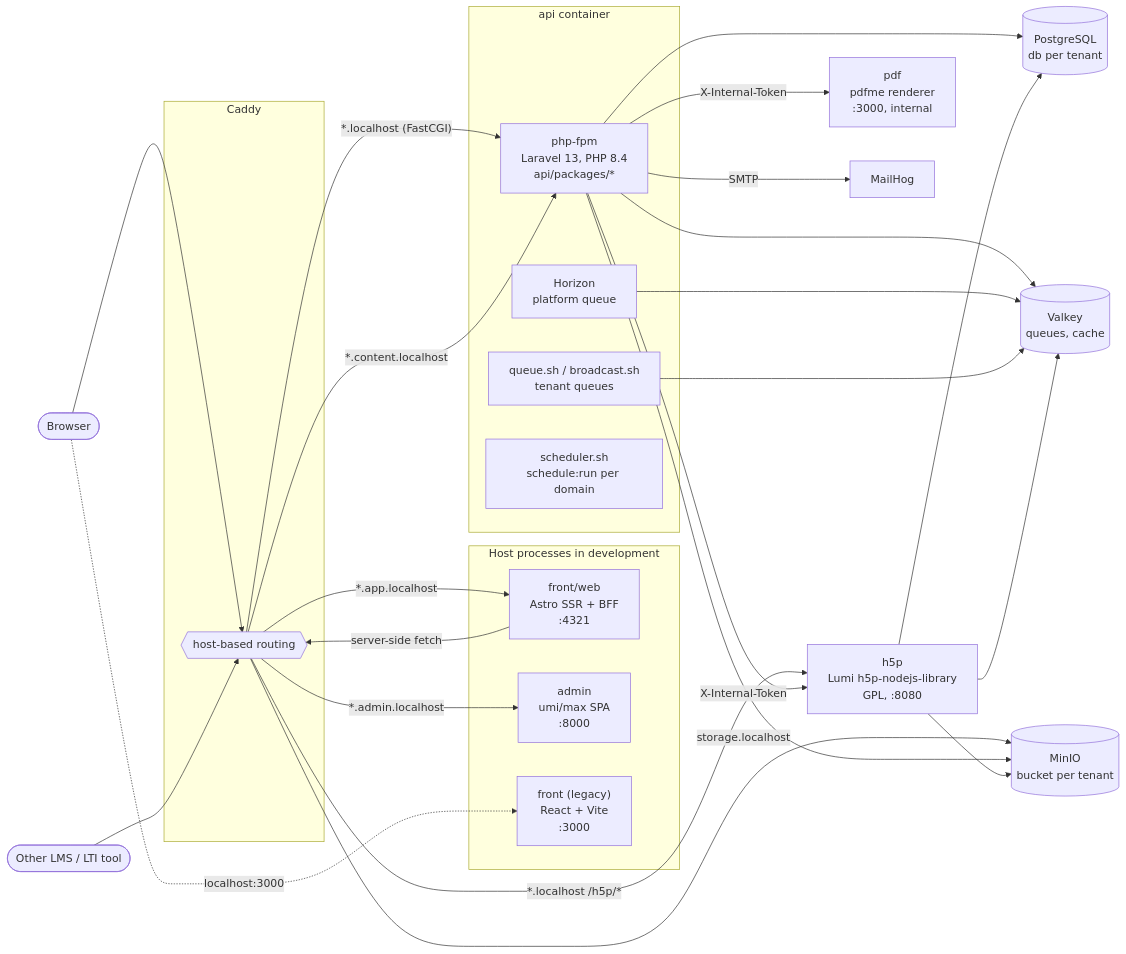
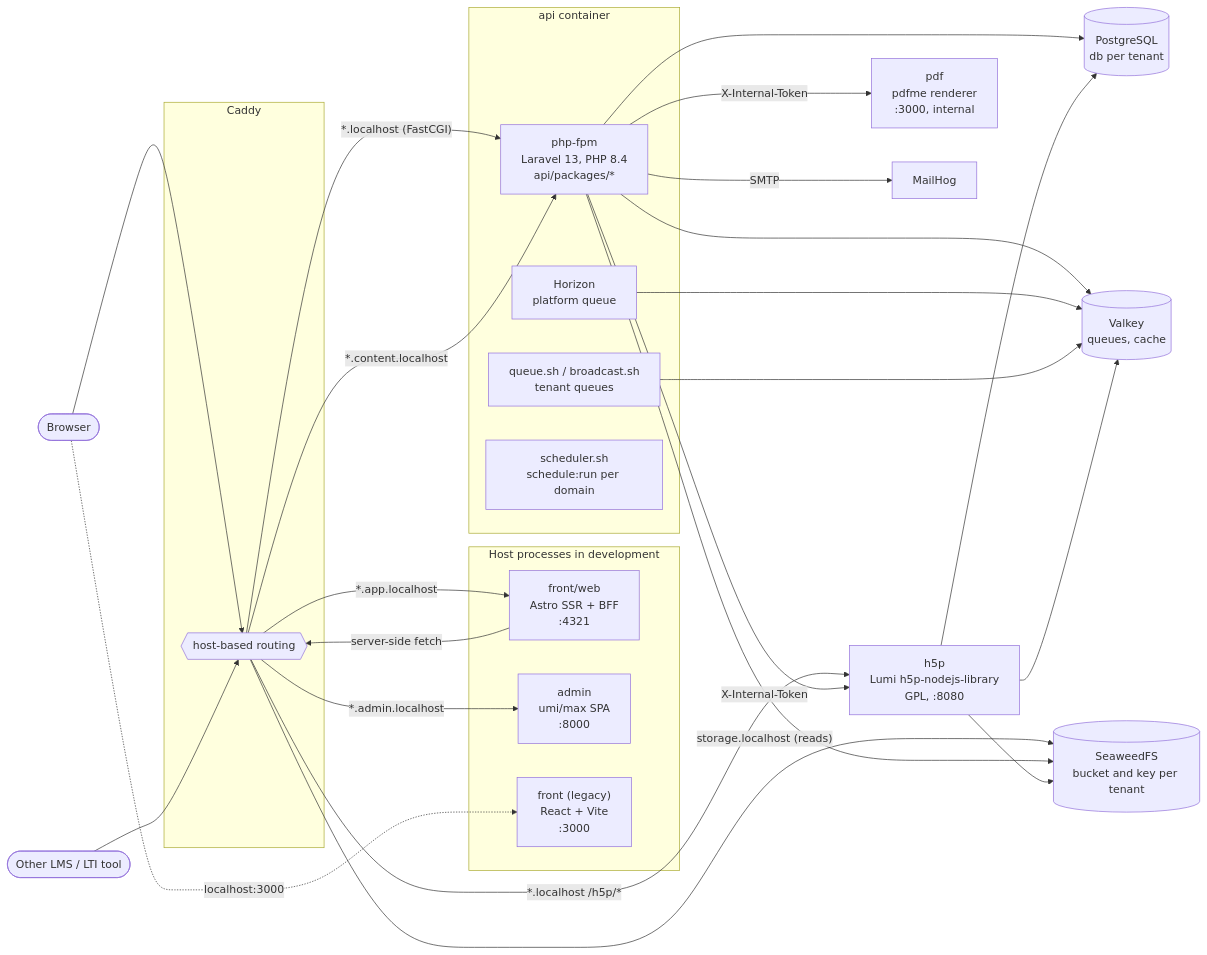
The first of 2 diagrams in front/docs-site/src/content/docs/developers/architecture.mdx (ulams-dev/ulams), drawn with Mermaid before and after one commit. The commit also changed other lines of this file and 96 other files, not shown here.

First line of the commit message:
feat(storage): SeaweedFS with per-tenant S3 identities and a MinIO migration (#388)

````diff
--- a/front/docs-site/src/content/docs/developers/architecture.mdx
+++ b/front/docs-site/src/content/docs/developers/architecture.mdx
@@ -28,51 +28,51 @@
 ```mermaid
 flowchart LR
   browser([Browser])
   lms([Other LMS / LTI tool])
 
   subgraph edge[Caddy]
     caddy{{"host-based routing"}}
   end
 
   subgraph hostapps[Host processes in development]
     web["front/web<br/>Astro SSR + BFF<br/>:4321"]
     admin["admin<br/>umi/max SPA<br/>:8000"]
     legacy["front (legacy)<br/>React + Vite<br/>:3000"]
   end
 
   subgraph apictr[api container]
     fpm["php-fpm<br/>Laravel 13, PHP 8.4<br/>api/packages/*"]
     horizon["Horizon<br/>platform queue"]
     workers["queue.sh / broadcast.sh<br/>tenant queues"]
     sched["scheduler.sh<br/>schedule:run per domain"]
   end
 
   h5p["h5p<br/>Lumi h5p-nodejs-library<br/>GPL, :8080"]
   pdf["pdf<br/>pdfme renderer<br/>:3000, internal"]
   pg[(PostgreSQL<br/>db per tenant)]
   valkey[(Valkey<br/>queues, cache)]
-  minio[(MinIO<br/>bucket per tenant)]
+  storage[(SeaweedFS<br/>bucket and key per tenant)]
   mailhog["MailHog"]
 
   browser --> caddy
   lms --> caddy
   caddy -- "*.app.localhost" --> web
   caddy -- "*.admin.localhost" --> admin
   caddy -- "*.localhost /h5p/*" --> h5p
   caddy -- "*.localhost (FastCGI)" --> fpm
   caddy -- "*.content.localhost" --> fpm
-  caddy -- "storage.localhost" --> minio
+  caddy -- "storage.localhost (reads)" --> storage
   browser -. "localhost:3000" .-> legacy
   web -- "server-side fetch" --> caddy
   fpm --> pg
   fpm --> valkey
-  fpm --> minio
+  fpm --> storage
   fpm -- "X-Internal-Token" --> h5p
   fpm -- "X-Internal-Token" --> pdf
   fpm -- SMTP --> mailhog
   horizon --> valkey
   workers --> valkey
   h5p --> pg
   h5p --> valkey
-  h5p --> minio
+  h5p --> storage
 ```
````
